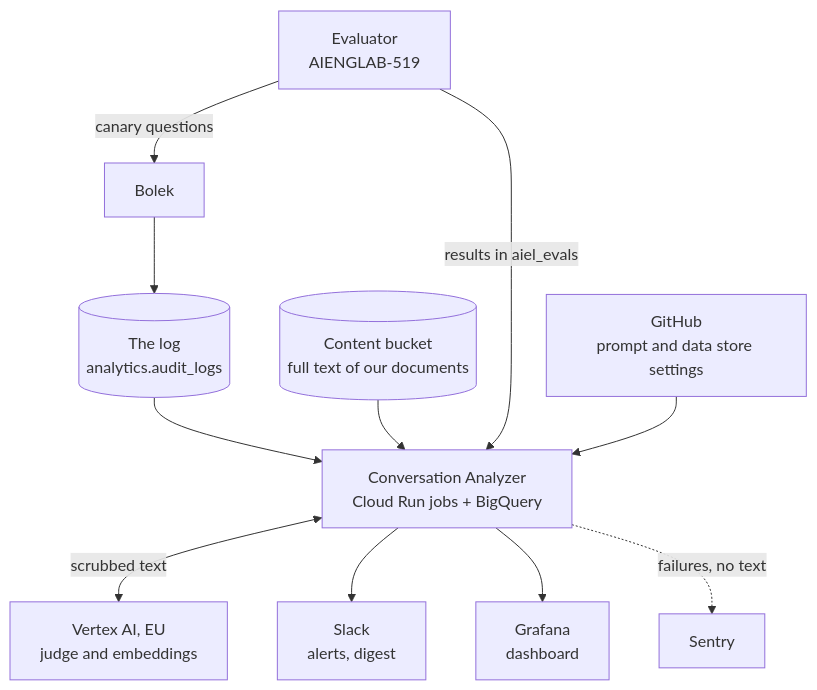
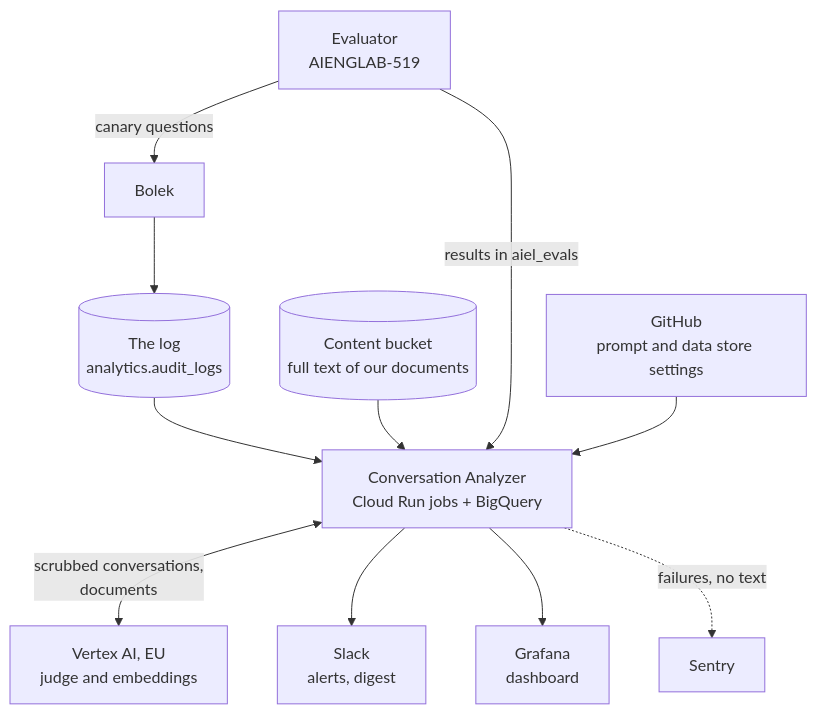
The tenth of 21 diagrams in design-doc.md (pborkowski-rtbh/conversation-analyzer), drawn with Mermaid before and after one commit. The commit also changed other lines of this file, not shown here.

````diff
--- a/design-doc.md
+++ b/design-doc.md
@@ -1154,13 +1161,13 @@
 ```mermaid
 flowchart TB
     BOLEK["Bolek"] --> LOG[("The log<br/>analytics.audit_logs")]
     EVAL["Evaluator<br/>AIENGLAB-519"] -->|"canary questions"| BOLEK
     LOG --> SYS["Conversation Analyzer<br/>Cloud Run jobs + BigQuery"]
     BUCKET[("Content bucket<br/>full text of our documents")] --> SYS
     EVAL -->|"results in aiel_evals"| SYS
     GH["GitHub<br/>prompt and data store settings"] --> SYS
-    SYS <-->|"scrubbed text"| VX["Vertex AI, EU<br/>judge and embeddings"]
+    SYS <-->|"scrubbed conversations,<br/>documents"| VX["Vertex AI, EU<br/>judge and embeddings"]
     SYS --> SLACK["Slack<br/>alerts, digest"]
     SYS --> GRAFANA["Grafana<br/>dashboard"]
     SYS -.->|"failures, no text"| SENTRY["Sentry"]
 ```
````
